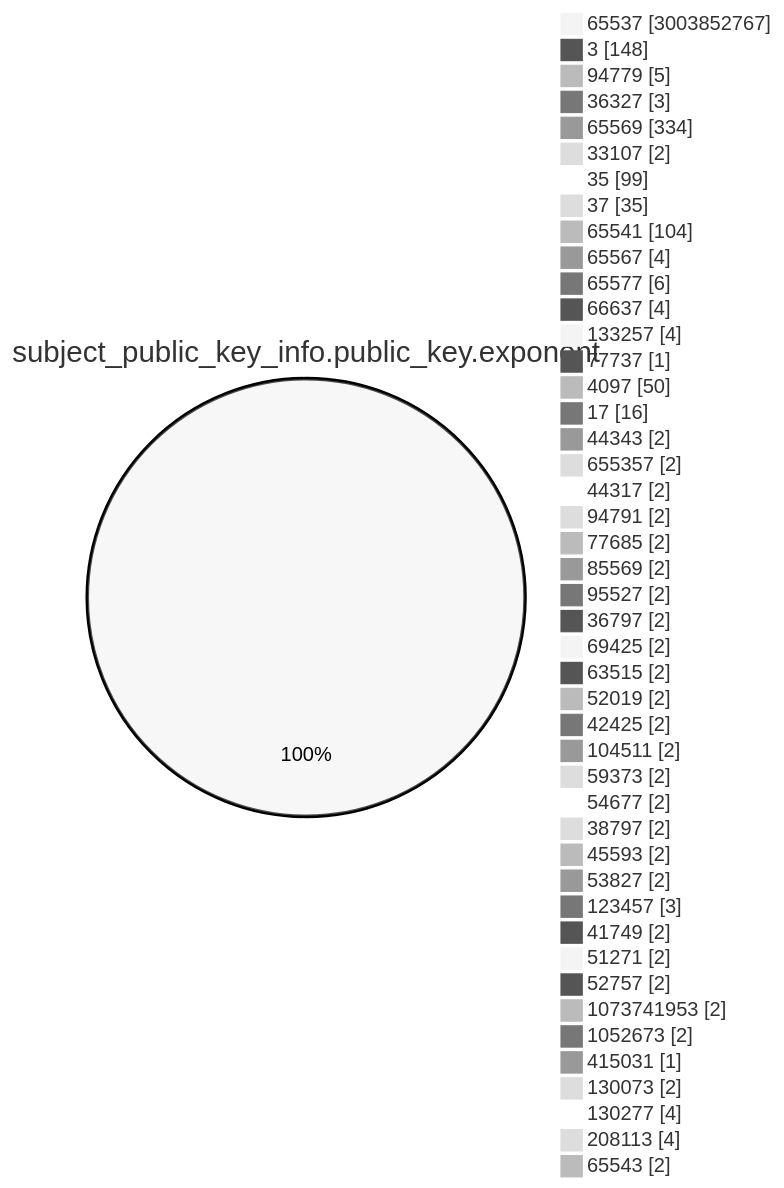
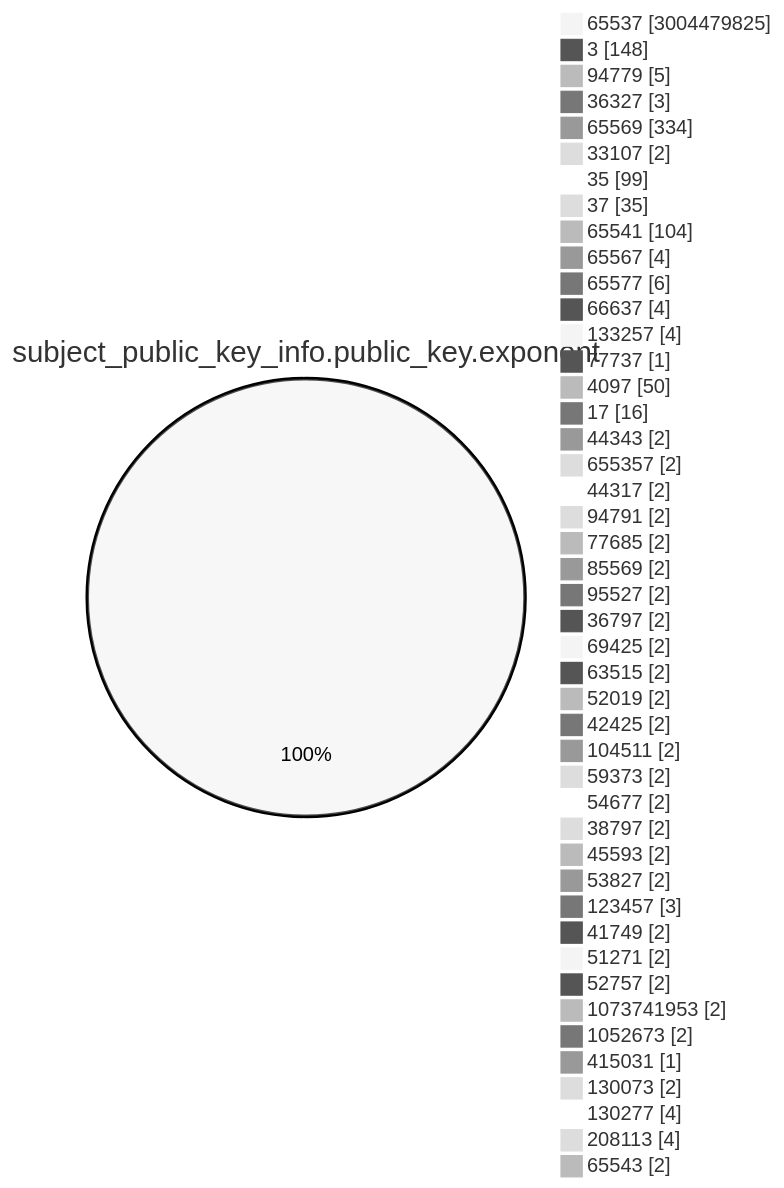
Before and after one commit to christiankrug/ctmonitor_visualization: the fourth of 15 diagrams in TOTAL/README.md, drawn with Mermaid (neutral theme). The commit also changed other lines of this file, not shown here.

````diff
--- a/TOTAL/README.md
+++ b/TOTAL/README.md
@@ -1472,49 +1472,49 @@
 ```mermaid
 pie showData
 title subject_public_key_info.public_key.exponent
-"65537" :3003852767
+"65537" :3004479825
 "3" :148
 "94779" :5
 "36327" :3
 "65569" :334
 "33107" :2
 "35" :99
 "37" :35
 "65541" :104
 "65567" :4
 "65577" :6
 "66637" :4
 "133257" :4
 "77737" :1
 "4097" :50
 "17" :16
 "44343" :2
 "655357" :2
 "44317" :2
 "94791" :2
 "77685" :2
 "85569" :2
 "95527" :2
 "36797" :2
 "69425" :2
 "63515" :2
 "52019" :2
 "42425" :2
 "104511" :2
 "59373" :2
 "54677" :2
 "38797" :2
 "45593" :2
 "53827" :2
 "123457" :3
 "41749" :2
 "51271" :2
 "52757" :2
 "1073741953" :2
 "1052673" :2
 "415031" :1
 "130073" :2
 "130277" :4
 "208113" :4
 "65543" :2
 ```
````
